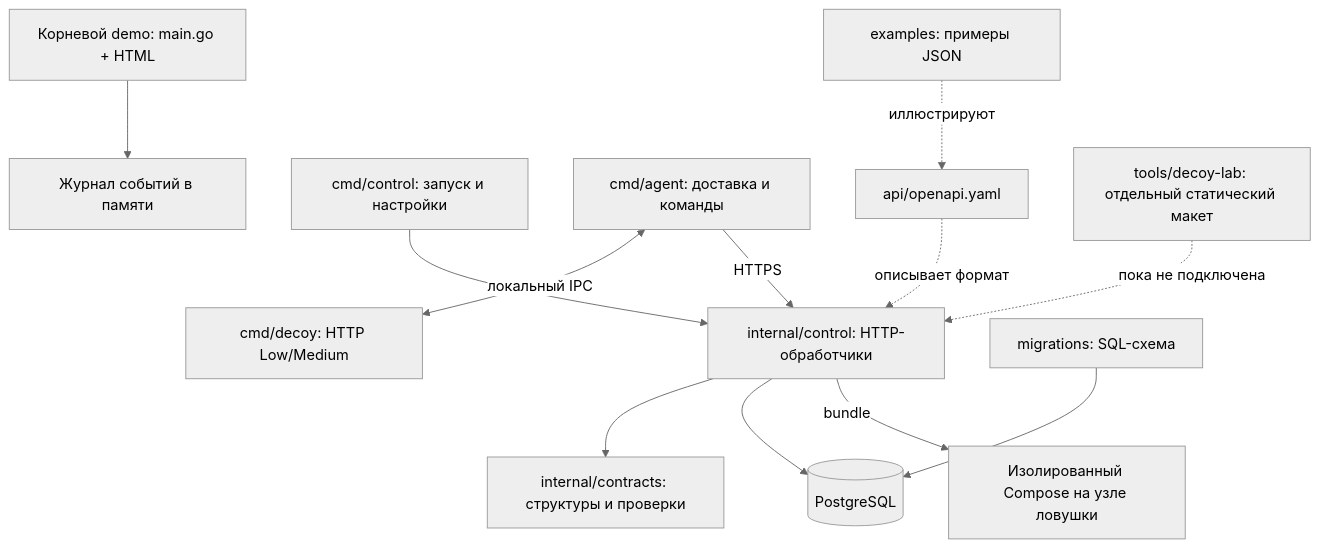
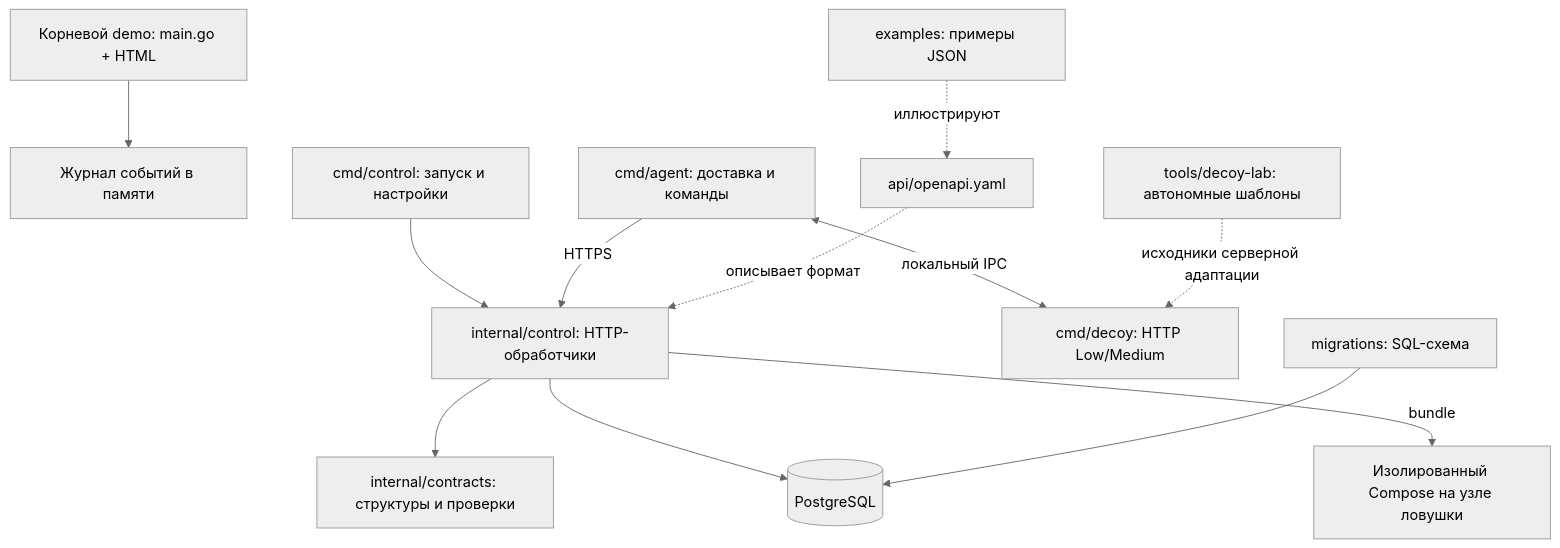
One commit to fezonV/HoneyForge changed the first of 2 diagrams in docs/PROJECT_STRUCTURE.md. Above: the diagram before and after it, drawn with Mermaid (neutral theme). The commit also changed other lines of this file and 4 other files, not shown here.

````diff
--- a/docs/PROJECT_STRUCTURE.md
+++ b/docs/PROJECT_STRUCTURE.md
@@ -14,14 +14,14 @@
 ```mermaid
 flowchart TD
   Root[Корневой demo: main.go + HTML] --> Mem[Журнал событий в памяти]
   Cmd[cmd/control: запуск и настройки] --> Control[internal/control: HTTP-обработчики]
   Control --> Contracts[internal/contracts: структуры и проверки]
   Control --> DB[(PostgreSQL)]
   Agent[cmd/agent: доставка и команды] <-->|локальный IPC| Decoy[cmd/decoy: HTTP Low/Medium]
   Agent -->|HTTPS| Control
   Control -->|bundle| Trap[Изолированный Compose на узле ловушки]
   Migrations[migrations: SQL-схема] --> DB
   API[api/openapi.yaml] -. описывает формат .-> Control
   Examples[examples: примеры JSON] -. иллюстрируют .-> API
-  Lab[tools/decoy-lab: отдельный статический макет] -. пока не подключена .-> Control
+  Lab[tools/decoy-lab: автономные шаблоны] -. исходники серверной адаптации .-> Decoy
 ```
````
